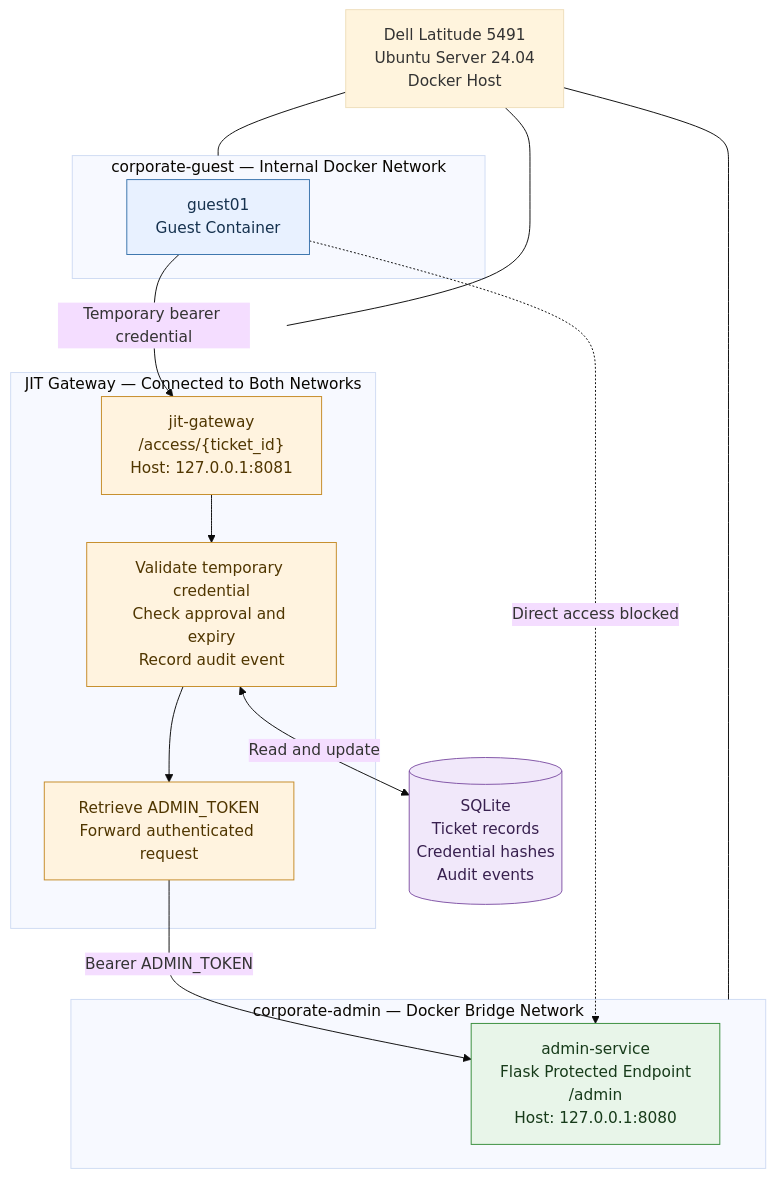
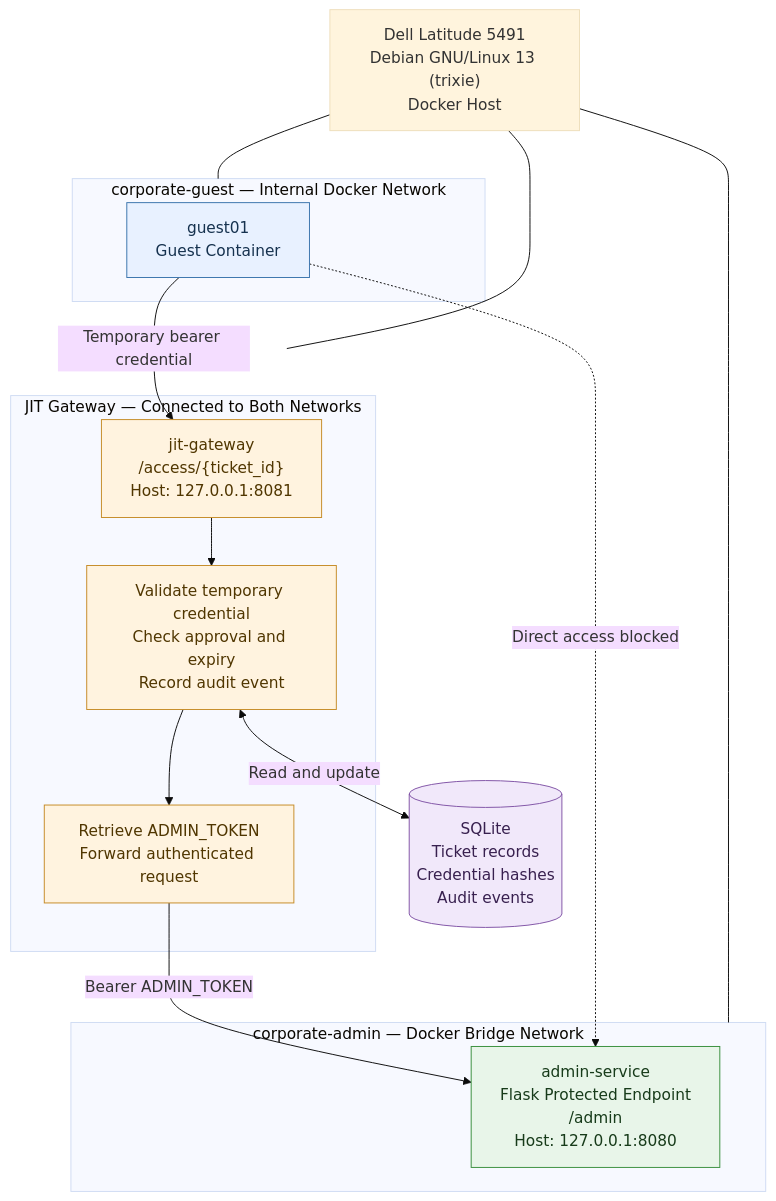
The diagram in documentation/architecture.mmd (lewispworks/corporate-security-itsm-lab), drawn with Mermaid (base theme) before and after one commit. The commit also changed 1 other file, not shown here.

```diff
--- a/documentation/architecture.mmd
+++ b/documentation/architecture.mmd
@@ -1,39 +1,39 @@
 
 flowchart TB
-    HOST["Dell Latitude 5491<br/>Ubuntu Server 24.04<br/>Docker Host"]
+    HOST["Dell Latitude 5491<br/>Debian GNU/Linux 13 (trixie)<br/>Docker Host"]
 
     subgraph GUEST["corporate-guest — Internal Docker Network"]
         USER["guest01<br/>Guest Container"]
     end
 
     subgraph ADMIN["corporate-admin — Docker Bridge Network"]
         SERVICE["admin-service<br/>Flask Protected Endpoint<br/>/admin<br/>Host: 127.0.0.1:8080"]
     end
 
     subgraph GATEWAY["JIT Gateway — Connected to Both Networks"]
         JIT["jit-gateway<br/>/access/{ticket_id}<br/>Host: 127.0.0.1:8081"]
         CHECK["Validate temporary credential<br/>Check approval and expiry<br/>Record audit event"]
         PROXY["Retrieve ADMIN_TOKEN<br/>Forward authenticated request"]
         JIT --> CHECK --> PROXY
     end
 
     DB[("SQLite<br/>Ticket records<br/>Credential hashes<br/>Audit events")]
 
     USER -->|"Temporary bearer credential"| JIT
     CHECK <-->|"Read and update"| DB
     PROXY -->|"Bearer ADMIN_TOKEN"| SERVICE
     USER -.->|"Direct access blocked"| SERVICE
 
     HOST --- GUEST
     HOST --- ADMIN
     HOST --- GATEWAY
 
     classDef guest fill:#e8f1ff,stroke:#3973ac,color:#16324f
     classDef admin fill:#e8f5e9,stroke:#388e3c,color:#173b1a
     classDef gateway fill:#fff3df,stroke:#c58b27,color:#503600
     classDef database fill:#f1e8fa,stroke:#8053a6,color:#38204f
 
     class USER guest
     class SERVICE admin
     class JIT,CHECK,PROXY gateway
     class DB database
```
